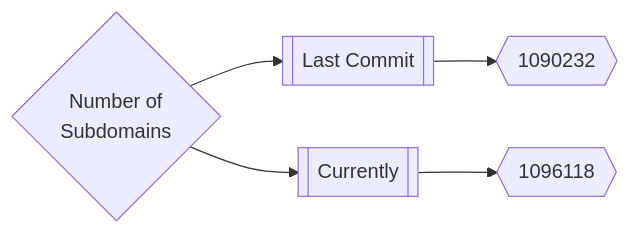
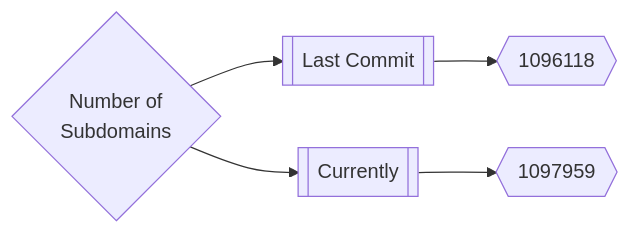
The first of 3 diagrams in README.md (trickest/inventory), drawn with Mermaid before and after one commit. The commit also changed other lines of this file, not shown here.

Commit message:
Update Thu Mar 31 16:00:03 UTC 2022

````diff
--- a/README.md
+++ b/README.md
@@ -165,5 +165,5 @@
 ```mermaid
 graph LR
-title{Number of<br>Subdomains} --> subdomainsDate1[[Last Commit]] --> subdomainsNum1{{1090232}}
-title --> subdomainsDate2[[Currently]] --> subdomainsNum2{{1096118}}
+title{Number of<br>Subdomains} --> subdomainsDate1[[Last Commit]] --> subdomainsNum1{{1096118}}
+title --> subdomainsDate2[[Currently]] --> subdomainsNum2{{1097959}}
 ```
````
